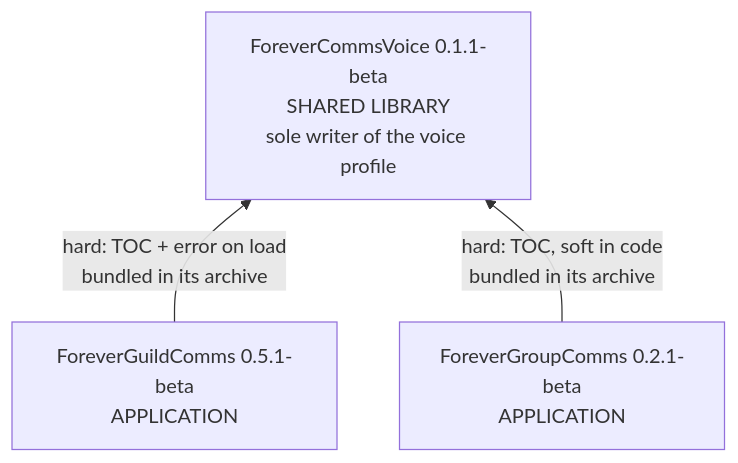
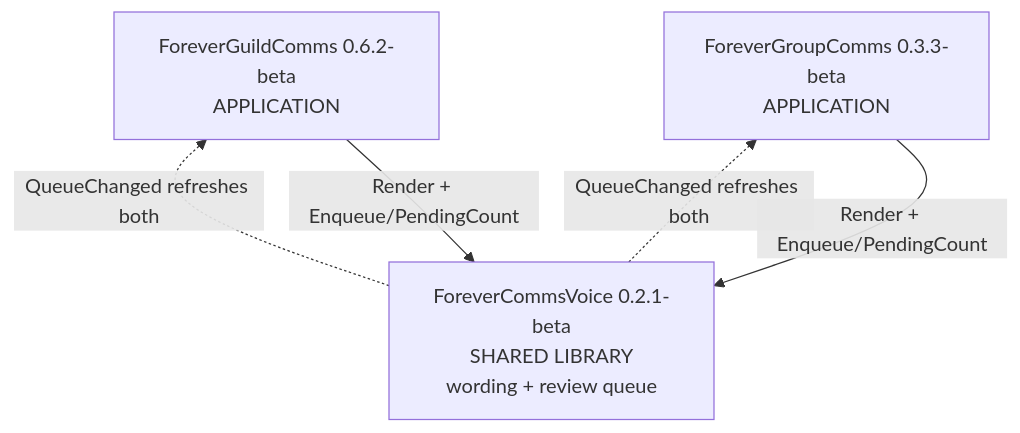
Before and after one commit to mreillyorg/ForeverCommsBundle: the diagram in aidlc-docs/inception/reverse-engineering/component-inventory.md, drawn with Mermaid. The commit also changed other lines of this file and 50 other files, not shown here.

````diff
--- a/aidlc-docs/inception/reverse-engineering/component-inventory.md
+++ b/aidlc-docs/inception/reverse-engineering/component-inventory.md
@@ -109,8 +122,10 @@
 ```mermaid
 flowchart BT
-    Voice["ForeverCommsVoice 0.1.1-beta<br/>SHARED LIBRARY<br/>sole writer of the voice profile"]
-    Guild["ForeverGuildComms 0.5.1-beta<br/>APPLICATION"]
-    Group["ForeverGroupComms 0.2.1-beta<br/>APPLICATION"]
-    Guild -->|"hard: TOC + error on load<br/>bundled in its archive"| Voice
-    Group -->|"hard: TOC, soft in code<br/>bundled in its archive"| Voice
+    Voice["ForeverCommsVoice 0.2.1-beta<br/>SHARED LIBRARY<br/>wording + review queue"]
+    Guild["ForeverGuildComms 0.6.2-beta<br/>APPLICATION"]
+    Group["ForeverGroupComms 0.3.3-beta<br/>APPLICATION"]
+    Guild -->|"Render + Enqueue/PendingCount"| Voice
+    Group -->|"Render + Enqueue/PendingCount"| Voice
+    Voice -.->|"QueueChanged refreshes both"| Guild
+    Voice -.->|"QueueChanged refreshes both"| Group
 ```
````
